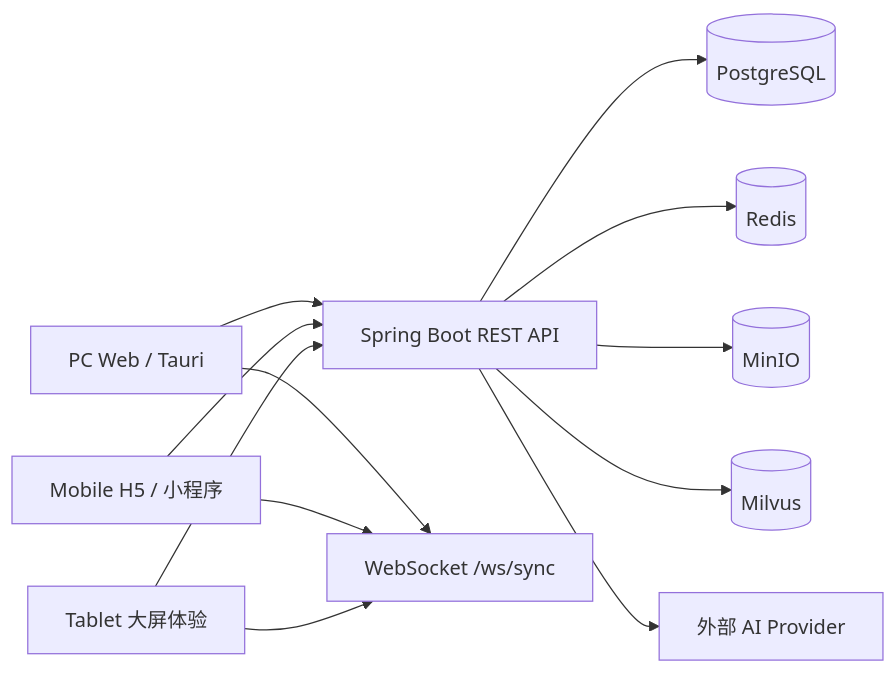
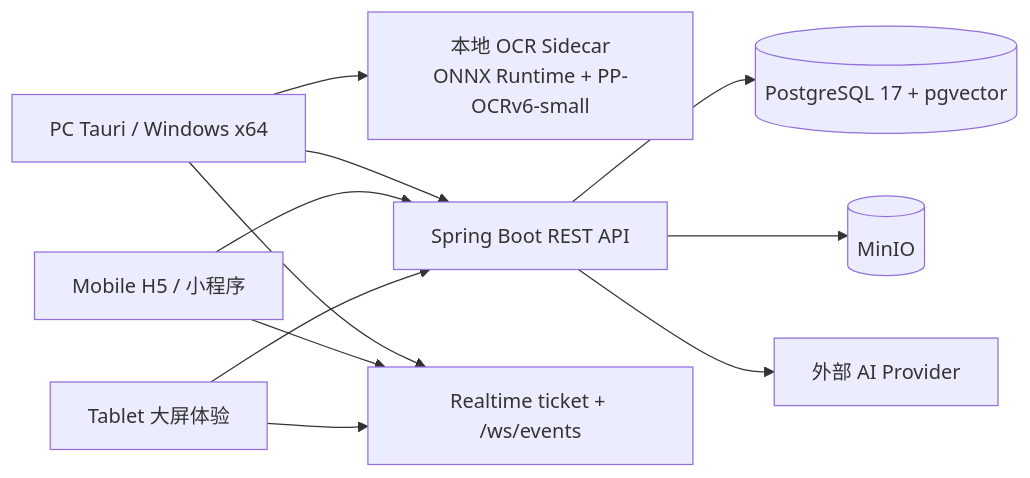
One commit to fewhuooo/Auralis changed the first of 4 diagrams in docs/project/Architecture.md. Above: the diagram before and after it, drawn with Mermaid. The commit also changed other lines of this file and 5 other files, not shown here.

Commit message:
docs: design pc tauri ai reading flow

````diff
--- a/docs/project/Architecture.md
+++ b/docs/project/Architecture.md
@@ -13,25 +13,23 @@
 ```mermaid
 flowchart LR
-  PC["PC Web / Tauri"]
+  PC["PC Tauri / Windows x64"]
+  OCR["本地 OCR Sidecar\nONNX Runtime + PP-OCRv6-small"]
   Mobile["Mobile H5 / 小程序"]
   Tablet["Tablet 大屏体验"]
   API["Spring Boot REST API"]
-  WS["WebSocket /ws/sync"]
-  PG[(PostgreSQL)]
-  Redis[(Redis)]
+  WS["Realtime ticket + /ws/events"]
+  PG[(PostgreSQL 17 + pgvector)]
   MinIO[(MinIO)]
-  Milvus[(Milvus)]
   AI["外部 AI Provider"]
 
+  PC --> OCR
   PC --> API
   Mobile --> API
   Tablet --> API
   PC --> WS
   Mobile --> WS
   Tablet --> WS
   API --> PG
-  API --> Redis
   API --> MinIO
-  API --> Milvus
   API --> AI
 ```
````
